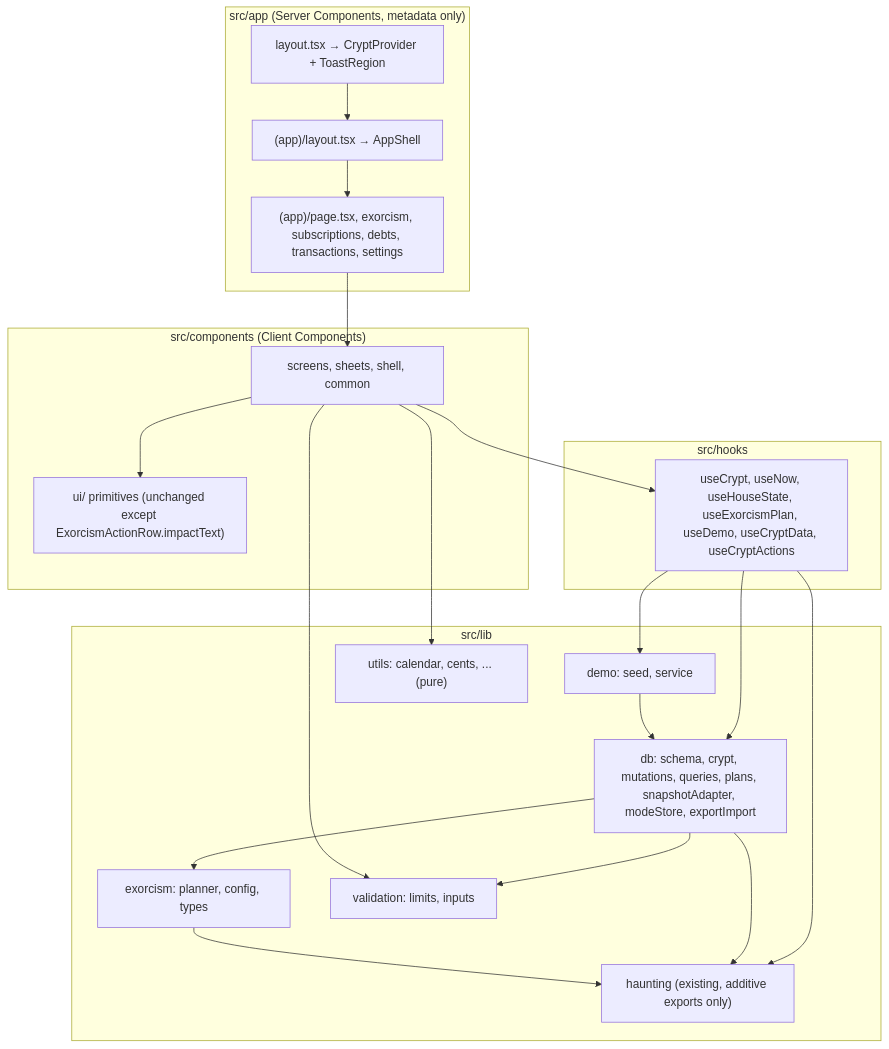
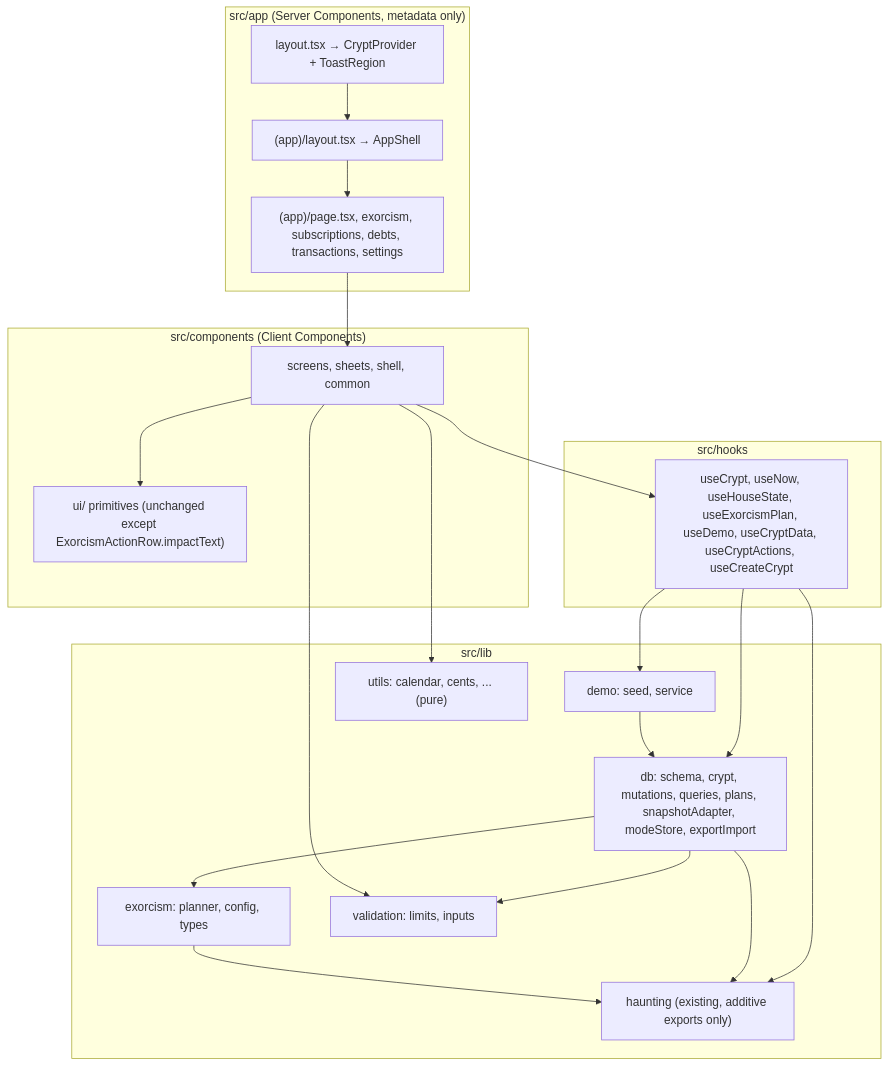
The first of 2 diagrams in .kiro/specs/app-screens/design.md (loubyl/CashCrypt), drawn with Mermaid before and after one commit. The commit also changed other lines of this file and 25 other files, not shown here.

````diff
--- a/.kiro/specs/app-screens/design.md
+++ b/.kiro/specs/app-screens/design.md
@@ -43,36 +43,36 @@
 ```mermaid
 flowchart TD
   subgraph Pages["src/app (Server Components, metadata only)"]
     RootLayout["layout.tsx → CryptProvider + ToastRegion"]
     AppGroup["(app)/layout.tsx → AppShell"]
     Routes["(app)/page.tsx, exorcism, subscriptions, debts, transactions, settings"]
   end
   subgraph Components["src/components (Client Components)"]
     Screens["screens, sheets, shell, common"]
     UI["ui/ primitives (unchanged except ExorcismActionRow.impactText)"]
   end
   subgraph Hooks["src/hooks"]
-    H["useCrypt, useNow, useHouseState, useExorcismPlan, useDemo, useCryptData, useCryptActions"]
+    H["useCrypt, useNow, useHouseState, useExorcismPlan, useDemo, useCryptData, useCryptActions, useCreateCrypt"]
   end
   subgraph Lib["src/lib"]
     DB["db: schema, crypt, mutations, queries, plans, snapshotAdapter, modeStore, exportImport"]
     Demo["demo: seed, service"]
     Planner["exorcism: planner, config, types"]
     Engine["haunting (existing, additive exports only)"]
     Val["validation: limits, inputs"]
     Utils["utils: calendar, cents, ... (pure)"]
   end
   RootLayout --> AppGroup --> Routes --> Screens
   Screens --> UI
   Screens --> H
   H --> DB
   H --> Demo
   H --> Engine
   DB --> Val
   DB --> Planner
   DB --> Engine
   Demo --> DB
   Planner --> Engine
   Screens --> Utils
   Screens --> Val
 ```
````
